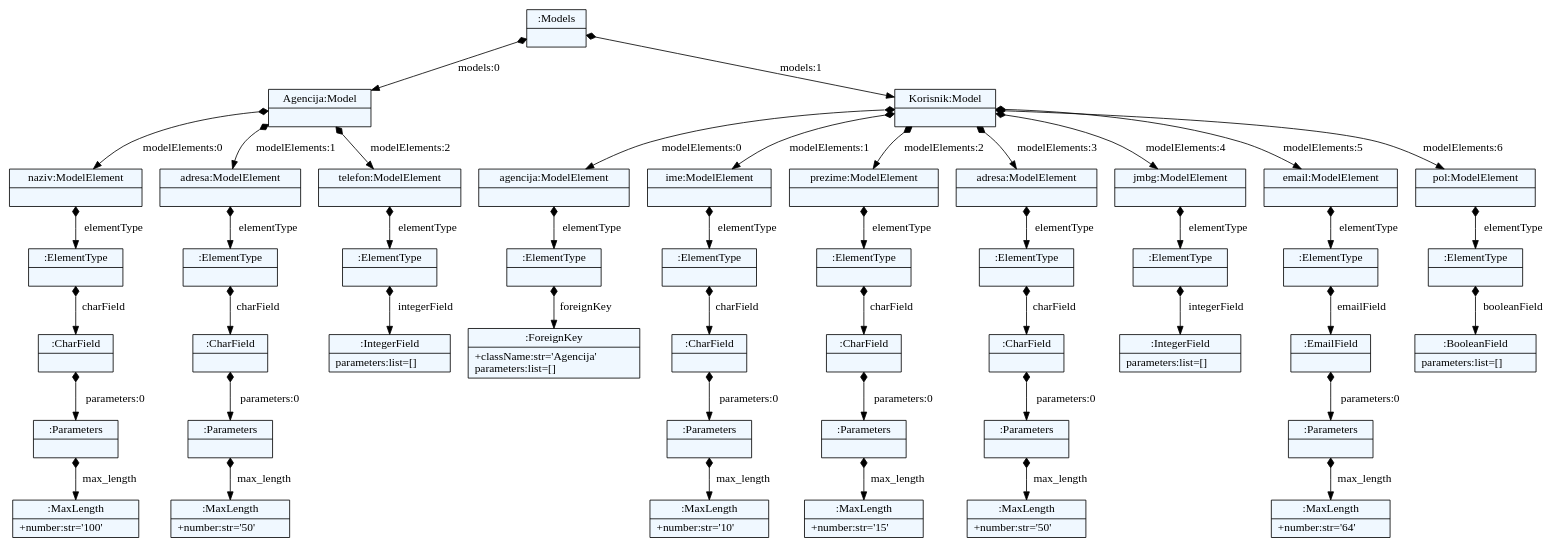
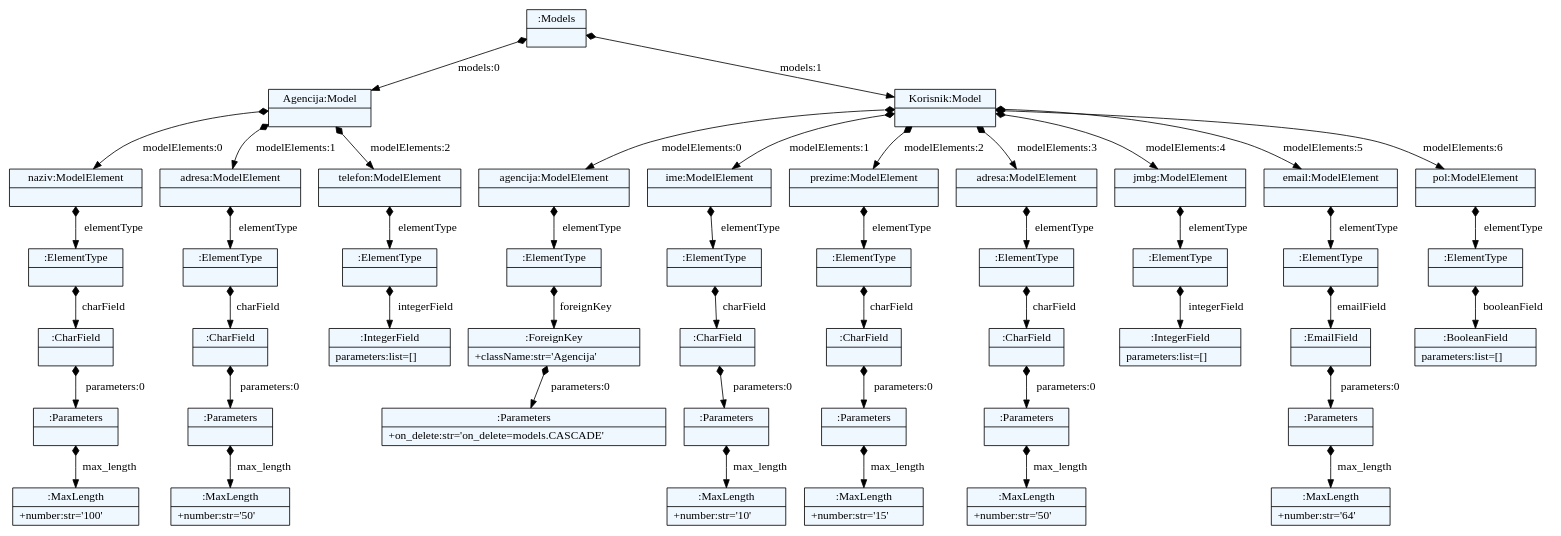
The diagram in JSD/test.dot (jovana992/jsd2017), drawn with Graphviz before and after one commit. The commit also changed 4 other files, not shown here.

Commit message:
Expanded grammer for field parameters, added default check for foreignKey, small refactoring.

```diff
--- a/JSD/test.dot
+++ b/JSD/test.dot
@@ -1,104 +1,106 @@
 
     digraph xtext {
     fontname = "Bitstream Vera Sans"
     fontsize = 8
     node[
         shape=record,
         style=filled,
         fillcolor=aliceblue
     ]
     nodesep = 0.3
     edge[dir=black,arrowtail=empty]
 
 
-2284993162264 -> 2284993162488 [label="models:0" arrowtail=diamond dir=both]
-2284993162488 -> 2284993151384 [label="modelElements:0" arrowtail=diamond dir=both]
-2284993151384 -> 2284993151720 [label="elementType" arrowtail=diamond dir=both]
-2284993151720 -> 2284993151832 [label="charField" arrowtail=diamond dir=both]
-2284993151832 -> 2284993152056 [label="parameters:0" arrowtail=diamond dir=both]
-2284993152056 -> 2284993152168 [label="max_length" arrowtail=diamond dir=both]
-2284993152168[label="{:MaxLength|+number:str='100'\l}"]
-2284993152056[label="{:Parameters|}"]
-2284993151832[label="{:CharField|}"]
-2284993151720[label="{:ElementType|}"]
-2284993151384[label="{naziv:ModelElement|}"]
-2284993162488 -> 2284983871696 [label="modelElements:1" arrowtail=diamond dir=both]
-2284983871696 -> 2284993151776 [label="elementType" arrowtail=diamond dir=both]
-2284993151776 -> 2284993151944 [label="charField" arrowtail=diamond dir=both]
-2284993151944 -> 2284993152336 [label="parameters:0" arrowtail=diamond dir=both]
-2284993152336 -> 2284993152392 [label="max_length" arrowtail=diamond dir=both]
-2284993152392[label="{:MaxLength|+number:str='50'\l}"]
-2284993152336[label="{:Parameters|}"]
-2284993151944[label="{:CharField|}"]
-2284993151776[label="{:ElementType|}"]
-2284983871696[label="{adresa:ModelElement|}"]
-2284993162488 -> 2284993151552 [label="modelElements:2" arrowtail=diamond dir=both]
-2284993151552 -> 2284993152000 [label="elementType" arrowtail=diamond dir=both]
-2284993152000 -> 2284993152224 [label="integerField" arrowtail=diamond dir=both]
-2284993152224[label="{:IntegerField|parameters:list=[]\l}"]
-2284993152000[label="{:ElementType|}"]
-2284993151552[label="{telefon:ModelElement|}"]
-2284993162488[label="{Agencija:Model|}"]
-2284993162264 -> 2284993151216 [label="models:1" arrowtail=diamond dir=both]
-2284993151216 -> 2284993151608 [label="modelElements:0" arrowtail=diamond dir=both]
-2284993151608 -> 2284993152448 [label="elementType" arrowtail=diamond dir=both]
-2284993152448 -> 2284993152616 [label="foreignKey" arrowtail=diamond dir=both]
-2284993152616[label="{:ForeignKey|+className:str='Agencija'\lparameters:list=[]\l}"]
-2284993152448[label="{:ElementType|}"]
-2284993151608[label="{agencija:ModelElement|}"]
-2284993151216 -> 2284993152112 [label="modelElements:1" arrowtail=diamond dir=both]
-2284993152112 -> 2284993152560 [label="elementType" arrowtail=diamond dir=both]
-2284993152560 -> 2284993152784 [label="charField" arrowtail=diamond dir=both]
-2284993152784 -> 2284993152952 [label="parameters:0" arrowtail=diamond dir=both]
-2284993152952 -> 2284993153064 [label="max_length" arrowtail=diamond dir=both]
-2284993153064[label="{:MaxLength|+number:str='10'\l}"]
-2284993152952[label="{:Parameters|}"]
-2284993152784[label="{:CharField|}"]
-2284993152560[label="{:ElementType|}"]
-2284993152112[label="{ime:ModelElement|}"]
-2284993151216 -> 2284993152280 [label="modelElements:2" arrowtail=diamond dir=both]
-2284993152280 -> 2284993152728 [label="elementType" arrowtail=diamond dir=both]
-2284993152728 -> 2284993152896 [label="charField" arrowtail=diamond dir=both]
-2284993152896 -> 2284993153288 [label="parameters:0" arrowtail=diamond dir=both]
-2284993153288 -> 2284993153344 [label="max_length" arrowtail=diamond dir=both]
-2284993153344[label="{:MaxLength|+number:str='15'\l}"]
-2284993153288[label="{:Parameters|}"]
-2284993152896[label="{:CharField|}"]
-2284993152728[label="{:ElementType|}"]
-2284993152280[label="{prezime:ModelElement|}"]
-2284993151216 -> 2284993152504 [label="modelElements:3" arrowtail=diamond dir=both]
-2284993152504 -> 2284993153008 [label="elementType" arrowtail=diamond dir=both]
-2284993153008 -> 2284993153176 [label="charField" arrowtail=diamond dir=both]
-2284993153176 -> 2284993153568 [label="parameters:0" arrowtail=diamond dir=both]
-2284993153568 -> 2284993153624 [label="max_length" arrowtail=diamond dir=both]
-2284993153624[label="{:MaxLength|+number:str='50'\l}"]
-2284993153568[label="{:Parameters|}"]
-2284993153176[label="{:CharField|}"]
-2284993153008[label="{:ElementType|}"]
-2284993152504[label="{adresa:ModelElement|}"]
-2284993151216 -> 2284993152672 [label="modelElements:4" arrowtail=diamond dir=both]
-2284993152672 -> 2284993153232 [label="elementType" arrowtail=diamond dir=both]
-2284993153232 -> 2284993153456 [label="integerField" arrowtail=diamond dir=both]
-2284993153456[label="{:IntegerField|parameters:list=[]\l}"]
-2284993153232[label="{:ElementType|}"]
-2284993152672[label="{jmbg:ModelElement|}"]
-2284993151216 -> 2284993152840 [label="modelElements:5" arrowtail=diamond dir=both]
-2284993152840 -> 2284993153512 [label="elementType" arrowtail=diamond dir=both]
-2284993153512 -> 2284993153736 [label="emailField" arrowtail=diamond dir=both]
-2284993153736 -> 2284993153960 [label="parameters:0" arrowtail=diamond dir=both]
-2284993153960 -> 2284993154072 [label="max_length" arrowtail=diamond dir=both]
-2284993154072[label="{:MaxLength|+number:str='64'\l}"]
-2284993153960[label="{:Parameters|}"]
-2284993153736[label="{:EmailField|}"]
-2284993153512[label="{:ElementType|}"]
-2284993152840[label="{email:ModelElement|}"]
-2284993151216 -> 2284993153120 [label="modelElements:6" arrowtail=diamond dir=both]
-2284993153120 -> 2284993153848 [label="elementType" arrowtail=diamond dir=both]
-2284993153848 -> 2284993153904 [label="booleanField" arrowtail=diamond dir=both]
-2284993153904[label="{:BooleanField|parameters:list=[]\l}"]
-2284993153848[label="{:ElementType|}"]
-2284993153120[label="{pol:ModelElement|}"]
-2284993151216[label="{Korisnik:Model|}"]
-2284993162264[label="{:Models|}"]
+1741468502392 -> 1741468503848 [label="models:0" arrowtail=diamond dir=both]
+1741468503848 -> 1741468533200 [label="modelElements:0" arrowtail=diamond dir=both]
+1741468533200 -> 1741468533088 [label="elementType" arrowtail=diamond dir=both]
+1741468533088 -> 1741468533368 [label="charField" arrowtail=diamond dir=both]
+1741468533368 -> 1741468533592 [label="parameters:0" arrowtail=diamond dir=both]
+1741468533592 -> 1741468533704 [label="max_length" arrowtail=diamond dir=both]
+1741468533704[label="{:MaxLength|+number:str='100'\l}"]
+1741468533592[label="{:Parameters|}"]
+1741468533368[label="{:CharField|}"]
+1741468533088[label="{:ElementType|}"]
+1741468533200[label="{naziv:ModelElement|}"]
+1741468503848 -> 1741468533032 [label="modelElements:1" arrowtail=diamond dir=both]
+1741468533032 -> 1741468533424 [label="elementType" arrowtail=diamond dir=both]
+1741468533424 -> 1741468533536 [label="charField" arrowtail=diamond dir=both]
+1741468533536 -> 1741468533928 [label="parameters:0" arrowtail=diamond dir=both]
+1741468533928 -> 1741468533984 [label="max_length" arrowtail=diamond dir=both]
+1741468533984[label="{:MaxLength|+number:str='50'\l}"]
+1741468533928[label="{:Parameters|}"]
+1741468533536[label="{:CharField|}"]
+1741468533424[label="{:ElementType|}"]
+1741468533032[label="{adresa:ModelElement|}"]
+1741468503848 -> 1741468532920 [label="modelElements:2" arrowtail=diamond dir=both]
+1741468532920 -> 1741468533648 [label="elementType" arrowtail=diamond dir=both]
+1741468533648 -> 1741468533816 [label="integerField" arrowtail=diamond dir=both]
+1741468533816[label="{:IntegerField|parameters:list=[]\l}"]
+1741468533648[label="{:ElementType|}"]
+1741468532920[label="{telefon:ModelElement|}"]
+1741468503848[label="{Agencija:Model|}"]
+1741468502392 -> 1741468504016 [label="models:1" arrowtail=diamond dir=both]
+1741468504016 -> 1741468533312 [label="modelElements:0" arrowtail=diamond dir=both]
+1741468533312 -> 1741468534040 [label="elementType" arrowtail=diamond dir=both]
+1741468534040 -> 1741468534208 [label="foreignKey" arrowtail=diamond dir=both]
+1741468534208 -> 1741468534320 [label="parameters:0" arrowtail=diamond dir=both]
+1741468534320[label="{:Parameters|+on_delete:str='on_delete=models.CASCADE'\l}"]
+1741468534208[label="{:ForeignKey|+className:str='Agencija'\l}"]
+1741468534040[label="{:ElementType|}"]
+1741468533312[label="{agencija:ModelElement|}"]
+1741468504016 -> 1741468533760 [label="modelElements:1" arrowtail=diamond dir=both]
+1741468533760 -> 1741468534152 [label="elementType" arrowtail=diamond dir=both]
+1741468534152 -> 1741468534376 [label="charField" arrowtail=diamond dir=both]
+1741468534376 -> 1741468534600 [label="parameters:0" arrowtail=diamond dir=both]
+1741468534600 -> 1741468534712 [label="max_length" arrowtail=diamond dir=both]
+1741468534712[label="{:MaxLength|+number:str='10'\l}"]
+1741468534600[label="{:Parameters|}"]
+1741468534376[label="{:CharField|}"]
+1741468534152[label="{:ElementType|}"]
+1741468533760[label="{ime:ModelElement|}"]
+1741468504016 -> 1741468533872 [label="modelElements:2" arrowtail=diamond dir=both]
+1741468533872 -> 1741468534432 [label="elementType" arrowtail=diamond dir=both]
+1741468534432 -> 1741468534488 [label="charField" arrowtail=diamond dir=both]
+1741468534488 -> 1741468534936 [label="parameters:0" arrowtail=diamond dir=both]
+1741468534936 -> 1741468534992 [label="max_length" arrowtail=diamond dir=both]
+1741468534992[label="{:MaxLength|+number:str='15'\l}"]
+1741468534936[label="{:Parameters|}"]
+1741468534488[label="{:CharField|}"]
+1741468534432[label="{:ElementType|}"]
+1741468533872[label="{prezime:ModelElement|}"]
+1741468504016 -> 1741468534096 [label="modelElements:3" arrowtail=diamond dir=both]
+1741468534096 -> 1741468534656 [label="elementType" arrowtail=diamond dir=both]
+1741468534656 -> 1741468534824 [label="charField" arrowtail=diamond dir=both]
+1741468534824 -> 1741468535216 [label="parameters:0" arrowtail=diamond dir=both]
+1741468535216 -> 1741468535272 [label="max_length" arrowtail=diamond dir=both]
+1741468535272[label="{:MaxLength|+number:str='50'\l}"]
+1741468535216[label="{:Parameters|}"]
+1741468534824[label="{:CharField|}"]
+1741468534656[label="{:ElementType|}"]
+1741468534096[label="{adresa:ModelElement|}"]
+1741468504016 -> 1741468534264 [label="modelElements:4" arrowtail=diamond dir=both]
+1741468534264 -> 1741468534880 [label="elementType" arrowtail=diamond dir=both]
+1741468534880 -> 1741468535104 [label="integerField" arrowtail=diamond dir=both]
+1741468535104[label="{:IntegerField|parameters:list=[]\l}"]
+1741468534880[label="{:ElementType|}"]
+1741468534264[label="{jmbg:ModelElement|}"]
+1741468504016 -> 1741468534544 [label="modelElements:5" arrowtail=diamond dir=both]
+1741468534544 -> 1741468535160 [label="elementType" arrowtail=diamond dir=both]
+1741468535160 -> 1741468535384 [label="emailField" arrowtail=diamond dir=both]
+1741468535384 -> 1741468535608 [label="parameters:0" arrowtail=diamond dir=both]
+1741468535608 -> 1741468535720 [label="max_length" arrowtail=diamond dir=both]
+1741468535720[label="{:MaxLength|+number:str='64'\l}"]
+1741468535608[label="{:Parameters|}"]
+1741468535384[label="{:EmailField|}"]
+1741468535160[label="{:ElementType|}"]
+1741468534544[label="{email:ModelElement|}"]
+1741468504016 -> 1741468534768 [label="modelElements:6" arrowtail=diamond dir=both]
+1741468534768 -> 1741468535496 [label="elementType" arrowtail=diamond dir=both]
+1741468535496 -> 1741468535552 [label="booleanField" arrowtail=diamond dir=both]
+1741468535552[label="{:BooleanField|parameters:list=[]\l}"]
+1741468535496[label="{:ElementType|}"]
+1741468534768[label="{pol:ModelElement|}"]
+1741468504016[label="{Korisnik:Model|}"]
+1741468502392[label="{:Models|}"]
 
 }
```
